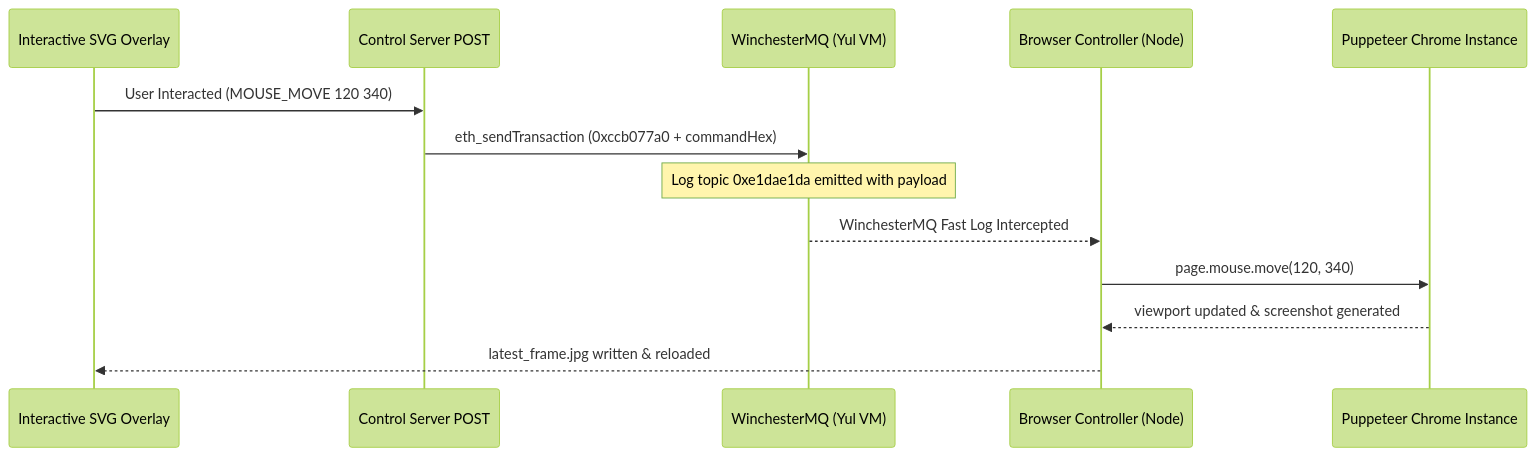
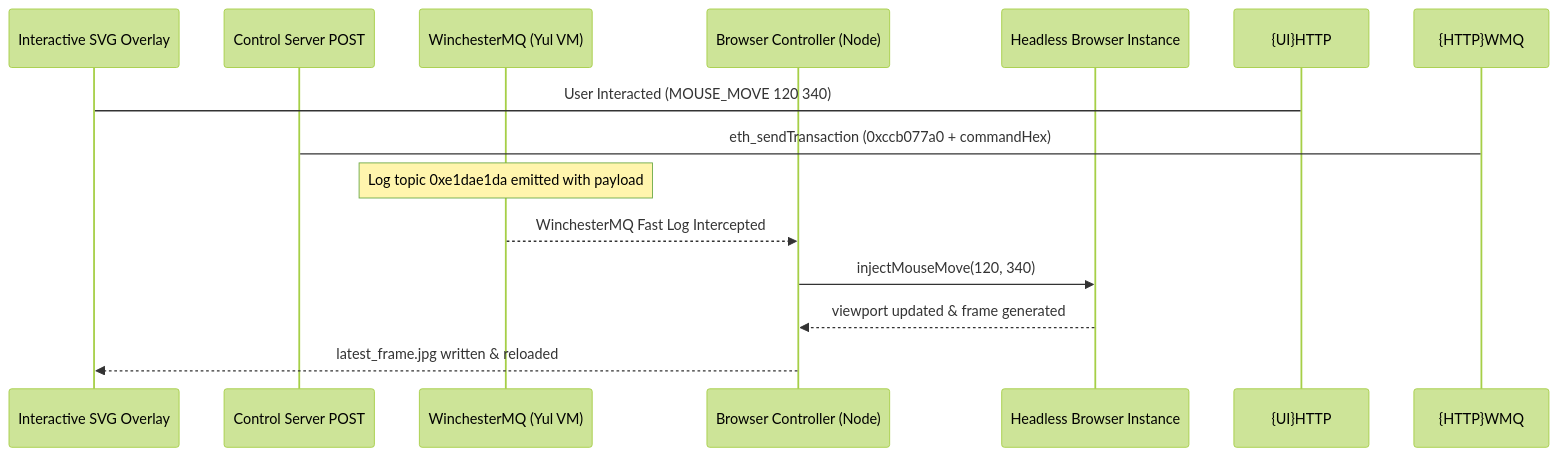
The second of 3 diagrams in lore/transcendent_control_framework.md (busytoby/atropa_pulsechain), drawn with Mermaid (forest theme) before and after one commit. The commit also changed other lines of this file and 7 other files, not shown here.

````diff
--- a/lore/transcendent_control_framework.md
+++ b/lore/transcendent_control_framework.md
@@ -48,16 +48,16 @@
 ```mermaid
 sequenceDiagram
     participant UI as Interactive SVG Overlay
     participant HTTP as Control Server POST
     participant WMQ as WinchesterMQ (Yul VM)
     participant Ctrl as Browser Controller (Node)
-    participant Browser as Puppeteer Chrome Instance
+    participant Browser as Headless Browser Instance
     
-    UI->>HTTP: User Interacted (MOUSE_MOVE 120 340)
-    HTTP->>WMQ: eth_sendTransaction (0xccb077a0 + commandHex)
+    UI->{UI}HTTP: User Interacted (MOUSE_MOVE 120 340)
+    HTTP->{HTTP}WMQ: eth_sendTransaction (0xccb077a0 + commandHex)
     Note over WMQ: Log topic 0xe1dae1da emitted with payload
     WMQ-->>Ctrl: WinchesterMQ Fast Log Intercepted
-    Ctrl->>Browser: page.mouse.move(120, 340)
-    Browser-->>Ctrl: viewport updated & screenshot generated
+    Ctrl->>Browser: injectMouseMove(120, 340)
+    Browser-->>Ctrl: viewport updated & frame generated
     Ctrl-->>UI: latest_frame.jpg written & reloaded
 ```
````
